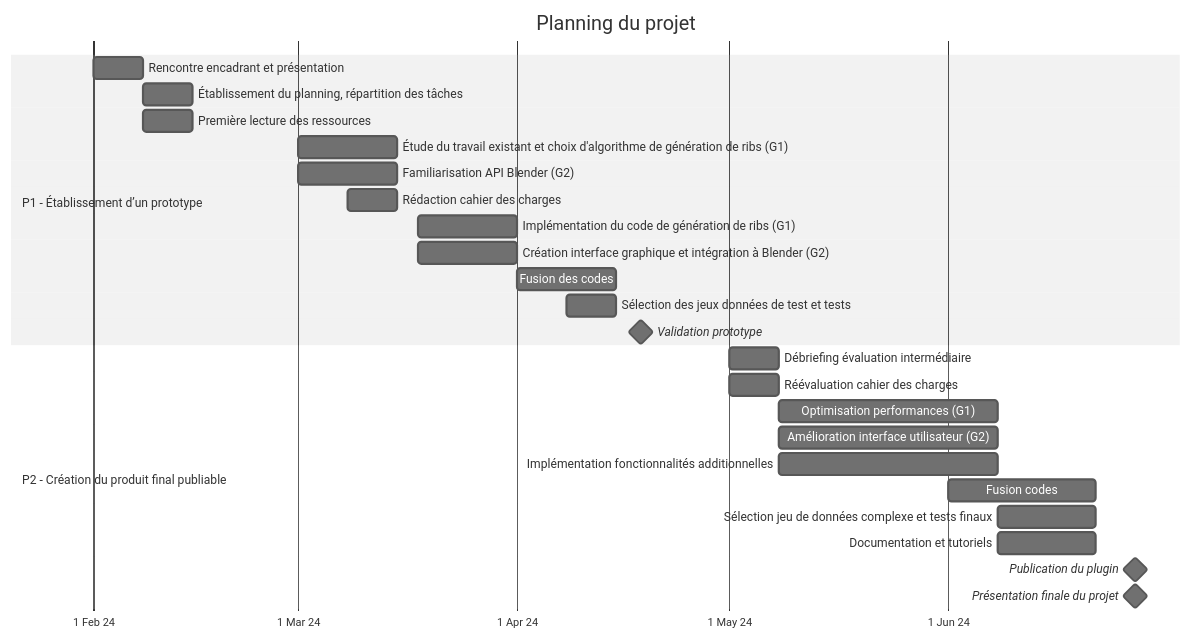
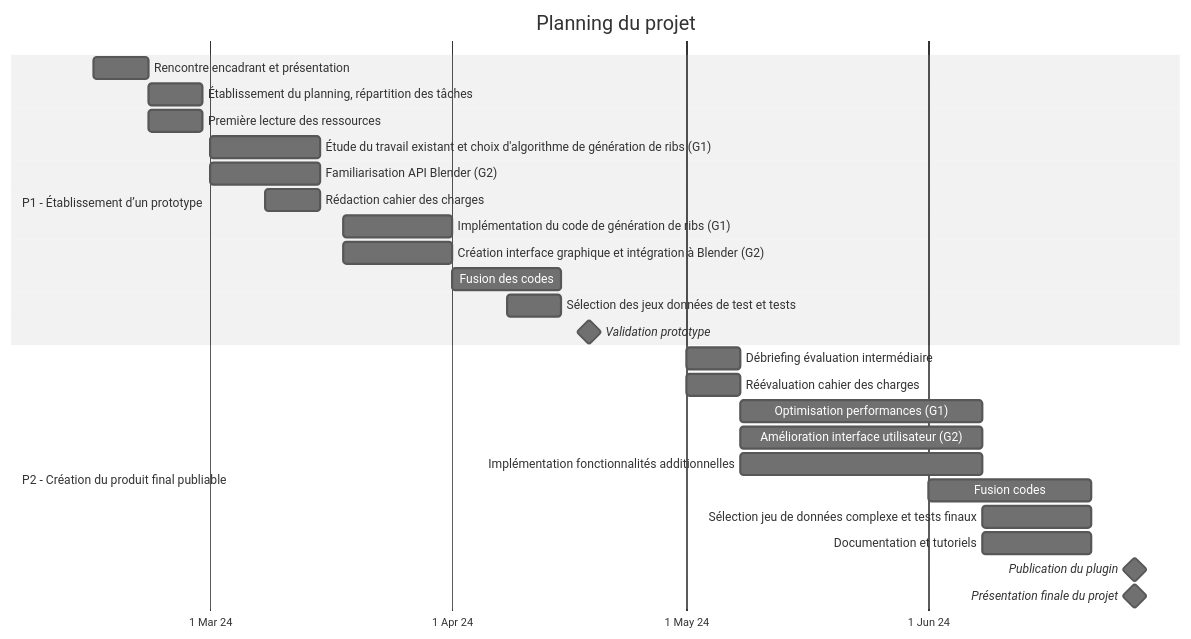
Before and after one commit to AlexisSkynner/Spineloft: the diagram in PLANNING.md, drawn with Mermaid (neutral theme).

````diff
--- a/PLANNING.md
+++ b/PLANNING.md
@@ -15,34 +15,34 @@
 ```mermaid
 gantt
 title Planning du projet
 dateFormat DD/MM/YYYY
 axisFormat %e %b %y
 tickInterval 1month
 weekday monday
 todayMarker off
 
 section P1 - Établissement d’un prototype
-Rencontre encadrant et présentation: 01/02/2024, 1w
-Établissement du planning, répartition des tâches: 08/02/2024, 1w
-Première lecture des ressources: 08/02/2024, 1w
+Rencontre encadrant et présentation: 15/02/2024, 1w
+Établissement du planning, répartition des tâches: 22/02/2024, 1w
+Première lecture des ressources: 22/02/2024, 1w
 Étude du travail existant et choix d'algorithme de génération de ribs (G1) : 01/03/2024, 2w
 Familiarisation API Blender (G2): 01/03/2024, 2w
 Rédaction cahier des charges: 08/03/2024, 1w
 Implémentation du code de génération de ribs (G1): 18/03/2024, 2w
 Création interface graphique et intégration à Blender (G2): 18/03/2024, 2w
 Fusion des codes : 01/04/2024, 2w
 Sélection des jeux données de test et tests : 08/04/2024, 1w
 Validation prototype: milestone, 18/04/2024, 1d
 
 section P2 - Création du produit final publiable
 Débriefing évaluation intermédiaire: 01/05/2024, 1w
 Réévaluation cahier des charges: 01/05/2024, 1w
 Optimisation performances (G1): 08/05/2024, 1M
 Amélioration interface utilisateur (G2): 08/05/2024, 1M
 Implémentation fonctionnalités additionnelles: 08/05/2024, 1M
 Fusion codes : 01/06/2024, 3w
 Sélection jeu de données complexe et tests finaux: 08/06/2024, 2w
 Documentation et tutoriels: 08/06/2024, 2w
 Publication du plugin: milestone, 27/06/2024, 1d
 Présentation finale du projet: milestone, 27/06/2024, 1d
 ```
````
